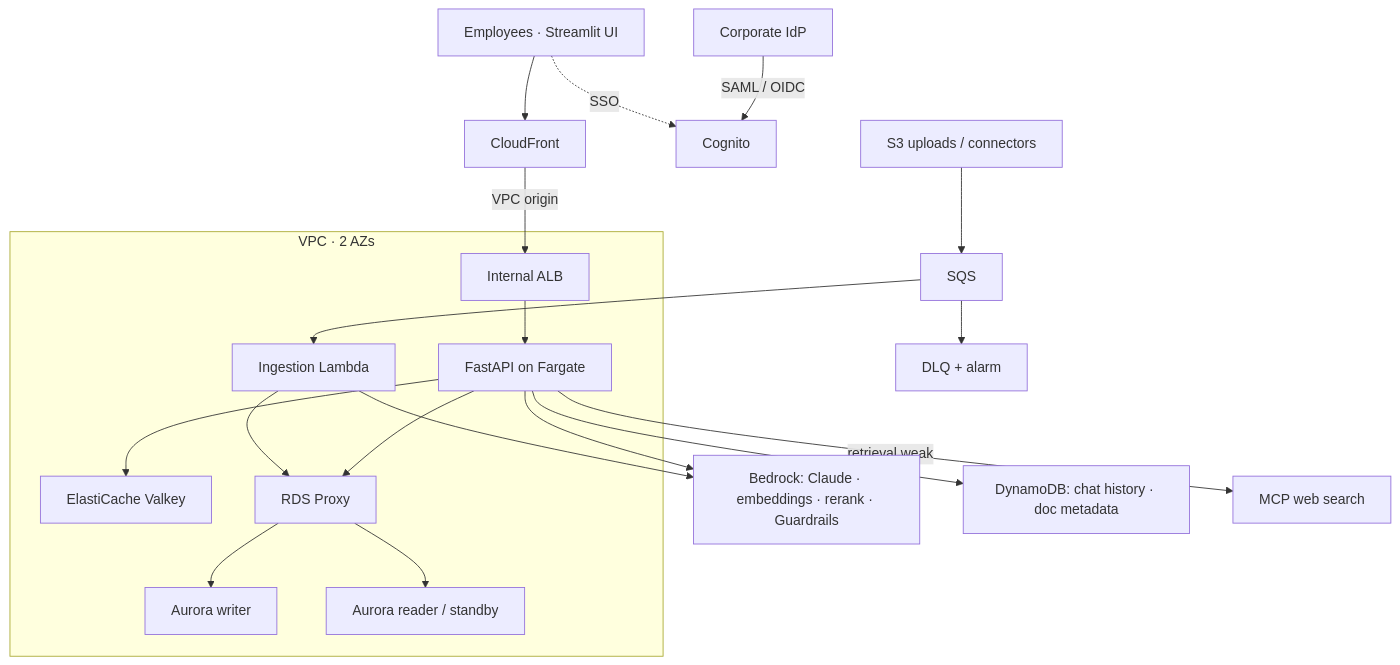
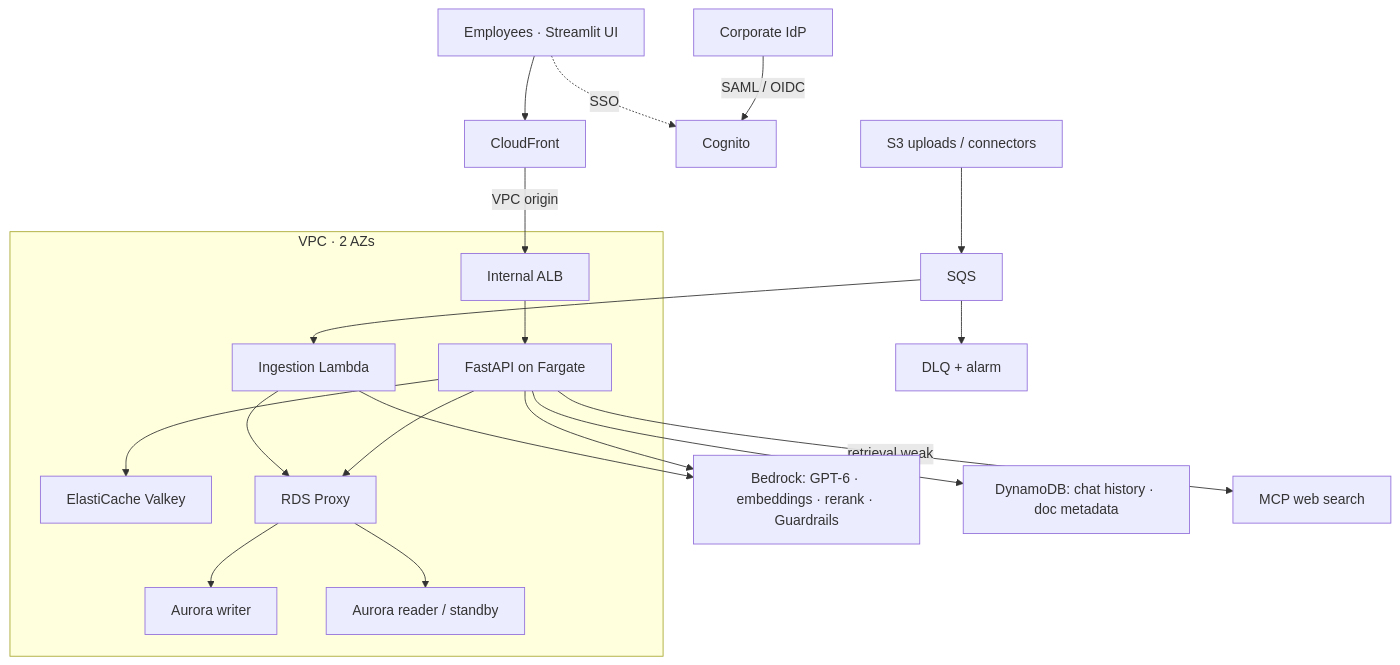
One commit to msajjauddin/enterprise-rag-app-on-aws changed the diagram in README.md. Above: the diagram before and after it, drawn with Mermaid. The commit also changed other lines of this file and 19 other files, not shown here.

First line of the commit message:
Use OpenAI GPT models on Bedrock instead of Claude

````diff
--- a/README.md
+++ b/README.md
@@ -39,23 +39,23 @@
 ```mermaid
 flowchart TB
     users["Employees · Streamlit UI"] --> cf["CloudFront"]
     idp["Corporate IdP"] -->|SAML / OIDC| cognito["Cognito"]
     users -.->|SSO| cognito
     cf -->|VPC origin| alb["Internal ALB"]
 
     subgraph vpc["VPC · 2 AZs"]
         alb --> api["FastAPI on Fargate"]
         api --> cache["ElastiCache Valkey"]
         api --> proxy["RDS Proxy"]
         ingest["Ingestion Lambda"] --> proxy
         proxy --> writer["Aurora writer"]
         proxy --> reader["Aurora reader / standby"]
     end
 
-    api --> bedrock["Bedrock: Claude · embeddings · rerank · Guardrails"]
+    api --> bedrock["Bedrock: GPT-6 · embeddings · rerank · Guardrails"]
     ingest --> bedrock
     api --> ddb["DynamoDB: chat history · doc metadata"]
     api -->|retrieval weak| mcp["MCP web search"]
     s3["S3 uploads / connectors"] --> sqs["SQS"] --> ingest
     sqs --> dlq["DLQ + alarm"]
 ```
````
